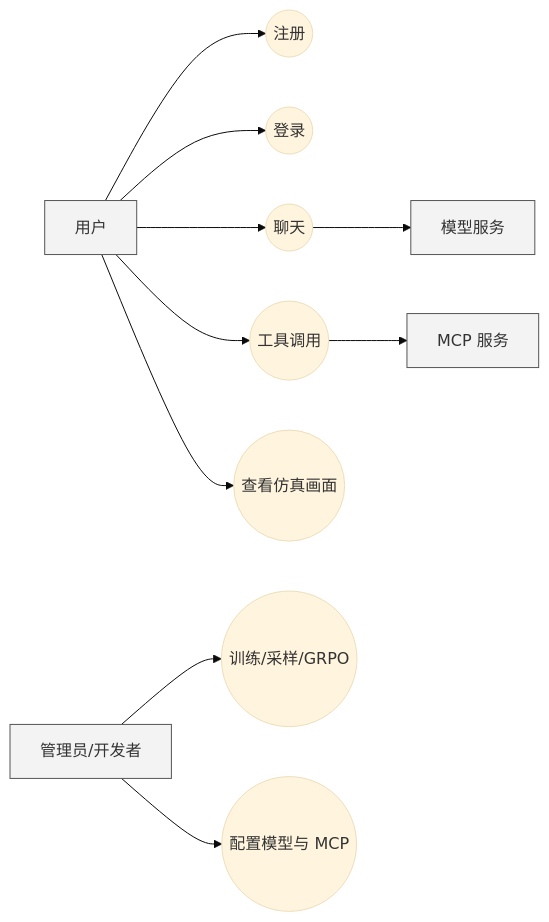
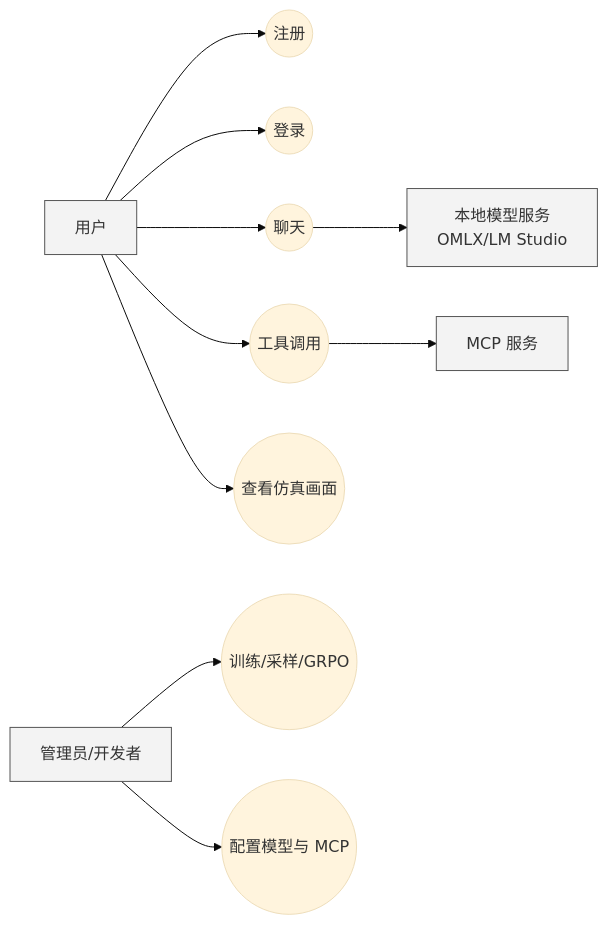
Before and after one commit to Playitcooool/robotagent: the diagram in charts/use-case.md, drawn with Mermaid (base theme). The commit also changed 5 other files, not shown here.

First line of the commit message:
V4.7.19 Update docs: OMLX local inference, 3-agent architecture, revised Chapter 1 & 3 experiments

````diff
--- a/charts/use-case.md
+++ b/charts/use-case.md
@@ -3,29 +3,29 @@
 ```mermaid
 flowchart LR
   user[用户]:::actor
   admin[管理员/开发者]:::actor
   mcp[MCP 服务]:::actor
-  model[模型服务]:::actor
+  model[本地模型服务<br/>OMLX/LM Studio]:::actor
 
   uc_register((注册))
   uc_login((登录))
   uc_chat((聊天))
   uc_tool((工具调用))
   uc_stream((查看仿真画面))
   uc_train((训练/采样/GRPO))
   uc_config((配置模型与 MCP))
 
   user --> uc_register
   user --> uc_login
   user --> uc_chat
   user --> uc_tool
   user --> uc_stream
 
   admin --> uc_train
   admin --> uc_config
 
   uc_tool --> mcp
   uc_chat --> model
 
   classDef actor fill:#f3f3f3,stroke:#555,stroke-width:1px;
 ```
````
